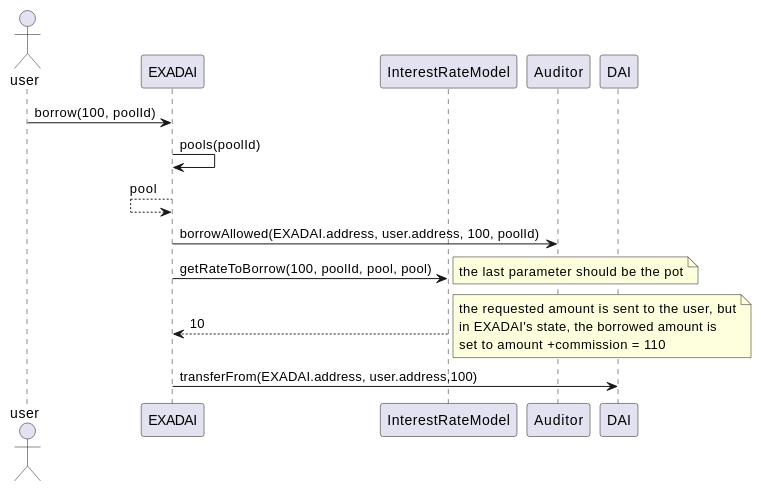
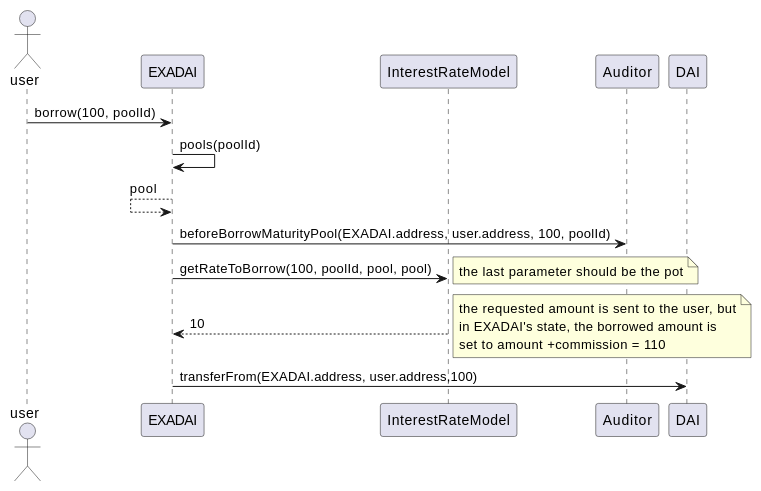
One commit to exactly/protocol changed the first of 2 diagrams in docs/actions.rst. Above: the diagram before and after it, drawn with PlantUML. The commit also changed other lines of this file and 8 other files, not shown here.

```diff
--- a/docs/actions.rst
+++ b/docs/actions.rst
@@ -16,17 +16,17 @@
 .. uml::
 
     actor user
     participant EXADAI
     participant InterestRateModel
     participant Auditor
     participant DAI
 
     user -> EXADAI: borrow(100, poolId)
     EXADAI -> EXADAI: pools(poolId)
     EXADAI <-- EXADAI: pool
-    EXADAI -> Auditor: borrowAllowed(EXADAI.address, user.address, 100, poolId)
+    EXADAI -> Auditor: beforeBorrowMaturityPool(EXADAI.address, user.address, 100, poolId)
     EXADAI -> InterestRateModel: getRateToBorrow(100, poolId, pool, pool)
     note right: the last parameter should be the pot
     EXADAI <-- InterestRateModel: 10
     note right: the requested amount is sent to the user, but\nin EXADAI's state, the borrowed amount is\nset to amount +commission = 110
     EXADAI -> DAI: transferFrom(EXADAI.address, user.address,100)
```
